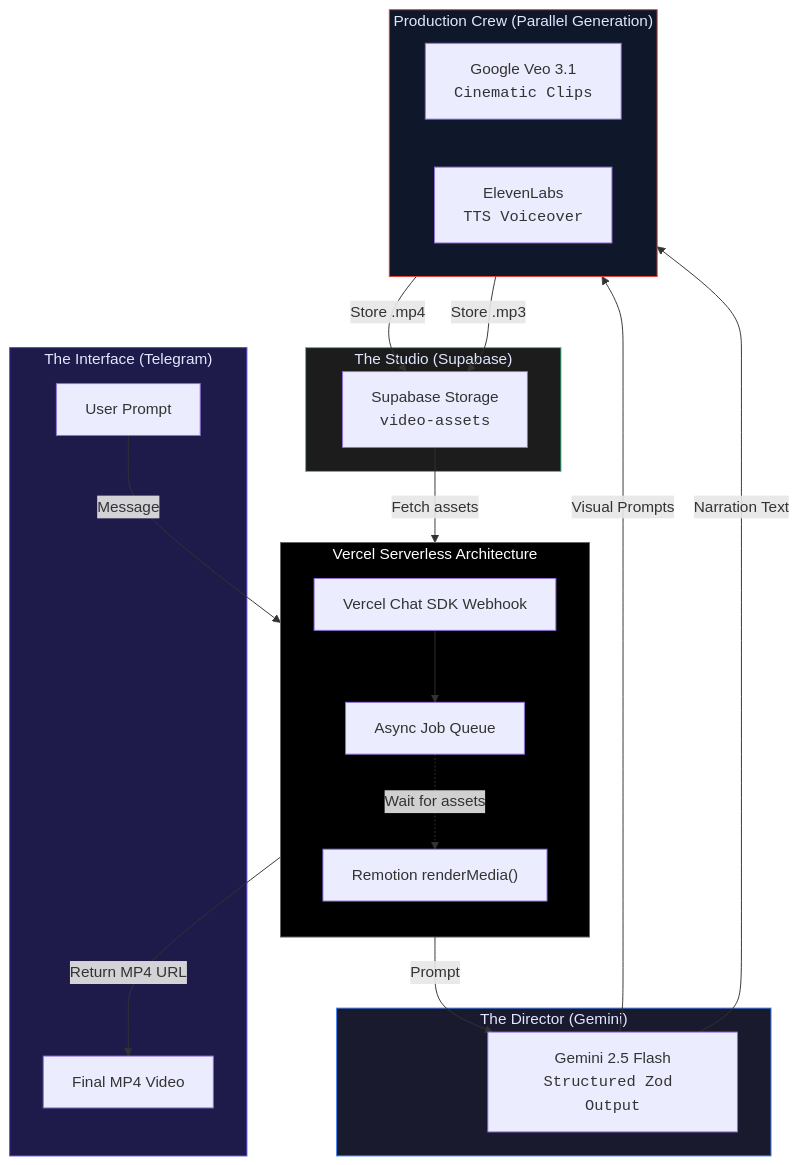
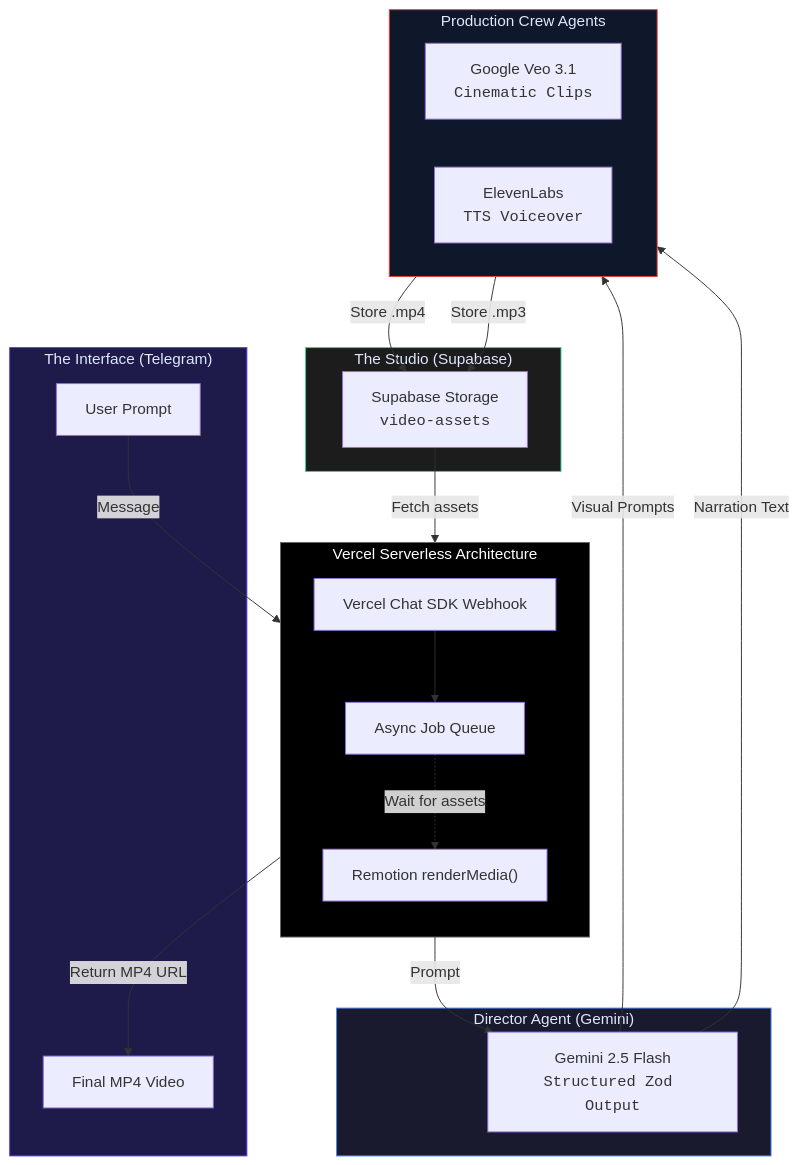
One commit to nihalnihalani/Gemini0321 changed the first of 2 diagrams in README.md. Above: the diagram before and after it, drawn with Mermaid. The commit also changed other lines of this file, not shown here.

Commit message:
docs: Update README to target Zero to Agent Hackathon SF

````diff
--- a/README.md
+++ b/README.md
@@ -70,47 +70,47 @@
 ```mermaid
 graph TB
     subgraph Interface["The Interface (Telegram)"]
         User["User Prompt"]
         BotReply["Final MP4 Video"]
     end
 
     subgraph Vercel["Vercel Serverless Architecture"]
         direction TB
         Webhook["Vercel Chat SDK Webhook"]
         JobQueue["Async Job Queue"]
         RemotionRender["Remotion renderMedia()"]
     end
 
-    subgraph Director["The Director (Gemini)"]
+    subgraph Director["Director Agent (Gemini)"]
         Gemini["Gemini 2.5 Flash<br/><code>Structured Zod Output</code>"]
     end
 
-    subgraph Production["Production Crew (Parallel Generation)"]
+    subgraph Production["Production Crew Agents"]
         direction LR
         Veo["Google Veo 3.1<br/><code>Cinematic Clips</code>"]
         Audio["ElevenLabs<br/><code>TTS Voiceover</code>"]
     end
 
     subgraph Storage["The Studio (Supabase)"]
         Bucket["Supabase Storage<br/><code>video-assets</code>"]
     end
 
     User -->|"Message"| Webhook
     Webhook --> JobQueue
     JobQueue -->|"Prompt"| Gemini
     Gemini -->|"Visual Prompts"| Veo
     Gemini -->|"Narration Text"| Audio
     
     Veo -->|"Store .mp4"| Bucket
     Audio -->|"Store .mp3"| Bucket
     
     JobQueue -.->|"Wait for assets"| RemotionRender
     Bucket -->|"Fetch assets"| RemotionRender
     RemotionRender -->|"Return MP4 URL"| BotReply
 
     style Interface fill:#1e1b4b,stroke:#4f46e5,color:#e0e7ff
     style Vercel fill:#000000,stroke:#666666,color:#ffffff
     style Director fill:#1a1a2e,stroke:#4285F4,color:#e0e7ff
     style Production fill:#0f172a,stroke:#EA4335,color:#e0e7ff
     style Storage fill:#1c1c1c,stroke:#3ecf8e,color:#e0e7ff
 ```
````
